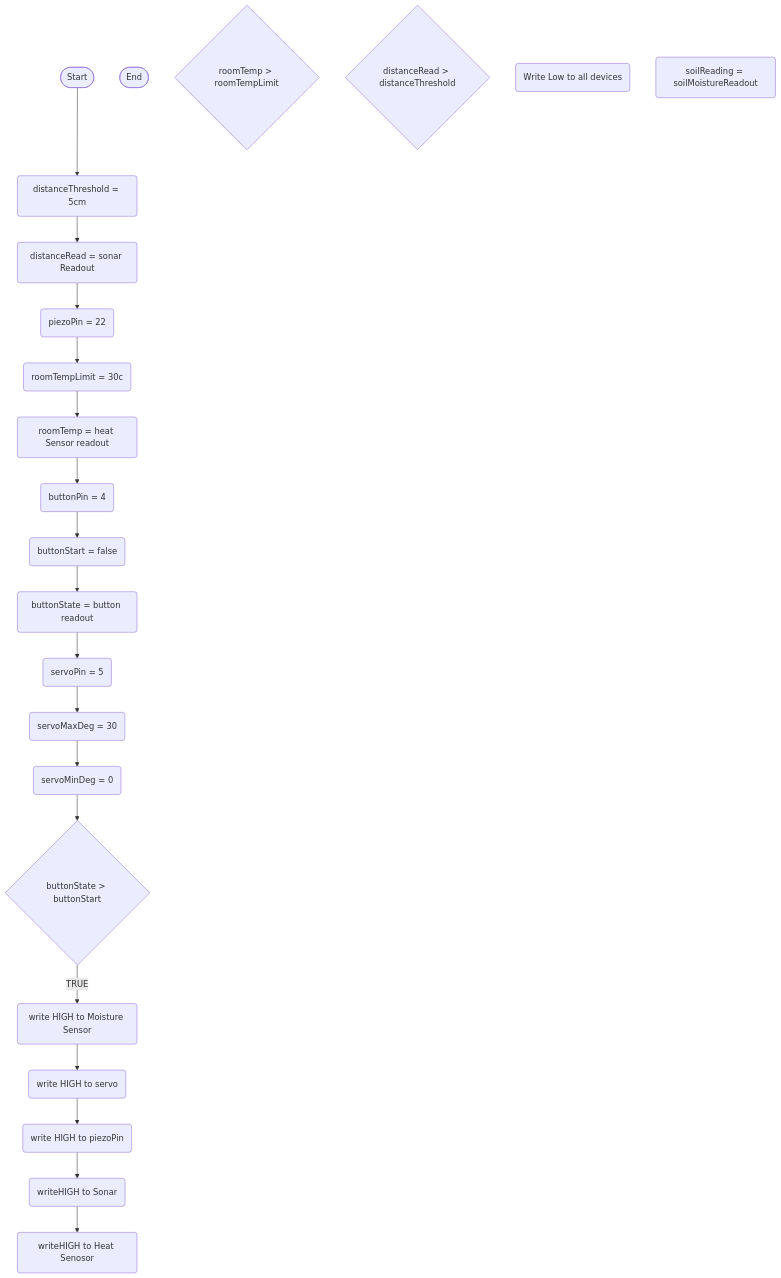
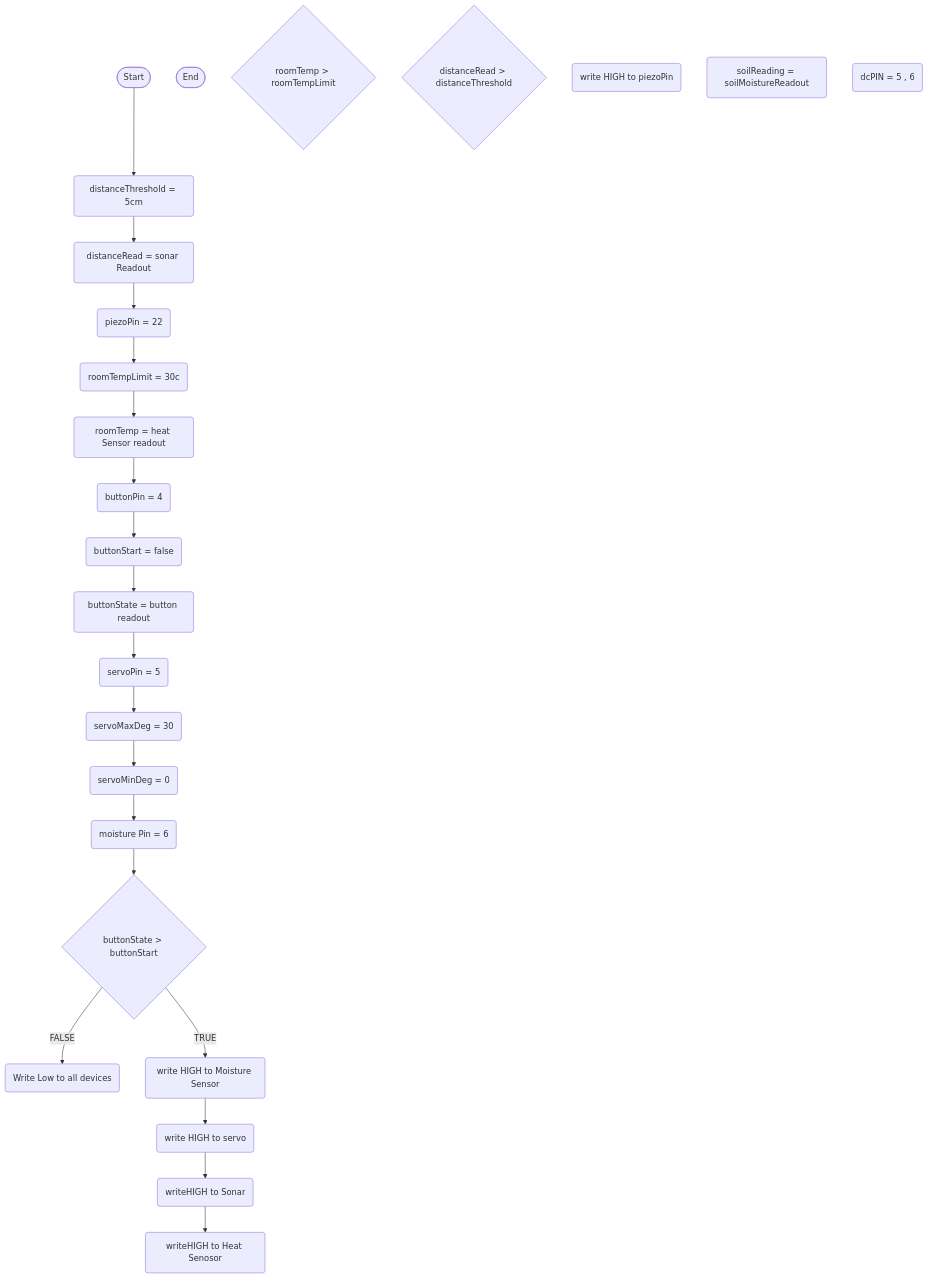
One commit to GodlyBlueDog/Automatic-GreenHouse-Person-Detection changed the first of 3 diagrams in logic.md. Above: the diagram before and after it, drawn with Mermaid. The commit also changed other lines of this file, not shown here.

````diff
--- a/logic.md
+++ b/logic.md
@@ -4,62 +4,68 @@
 ```mermaid
 flowchart TD
 terminalStart([Start])
 terminalEnd([End])
 
 %% Tempurture 
 currentRoomTempReading(roomTemp = heat Sensor readout)
 roomTempLimit(roomTempLimit = 30c)
 ifTempGreaterThanLimit{roomTemp > roomTempLimit}
 activateHeatSensor(writeHIGH to Heat Senosor)
 
 
 %% distance
 thresholdSet(distanceThreshold = 5cm)
 currentDistanceReading(distanceRead = sonar Readout)
 ifDistanceLessThanThreshold{distanceRead > distanceThreshold}
 activateSonar(writeHIGH to Sonar)
 
 %% peizo 
 setPiezoPin(piezoPin = 22)
 activatePiezo(write HIGH to piezoPin)
 
 %% button
 buttonStart(buttonStart = false)
 setButtonPin(buttonPin = 4)
 currentButtonReading( buttonState = button readout)
 isButtonPressed{buttonState > buttonStart}
 disableAll(Write Low to all devices)
 
 
 %% servo
 servoPin(servoPin = 5)
 servoMaxDeg(servoMaxDeg = 30)
 servoMinDeg(servoMinDeg = 0)
 activateServo(write HIGH to servo)
 
-%% soil moisture 
+%% soil moisture 1052
 soilMoistureSensor(soilReading = soilMoistureReadout)
 activateMoistureSensor(write HIGH to Moisture Sensor)
+moisturePin(moisture Pin = 6)
+
+%% DC Motor
+dcMotorPin(dcPIN = 5 , 6)
 
 
 terminalStart --> thresholdSet
 thresholdSet --> currentDistanceReading
 currentDistanceReading --> setPiezoPin
 setPiezoPin --> roomTempLimit
 roomTempLimit--> currentRoomTempReading
 currentRoomTempReading--> setButtonPin
 setButtonPin --> buttonStart
 buttonStart --> currentButtonReading
 currentButtonReading --> servoPin
 servoPin --> servoMaxDeg
 servoMaxDeg --> servoMinDeg
-servoMinDeg --> isButtonPressed
+servoMinDeg --> moisturePin
+moisturePin --> isButtonPressed
 isButtonPressed --> |TRUE| activateMoistureSensor  
 activateMoistureSensor  --> activateServo
-activateServo --> activatePiezo
-activatePiezo --> activateSonar
+activateServo --> activateSonar
 activateSonar --> activateHeatSensor
+isButtonPressed --> |FALSE| disableAll
+
 
 
 
 ```
````
